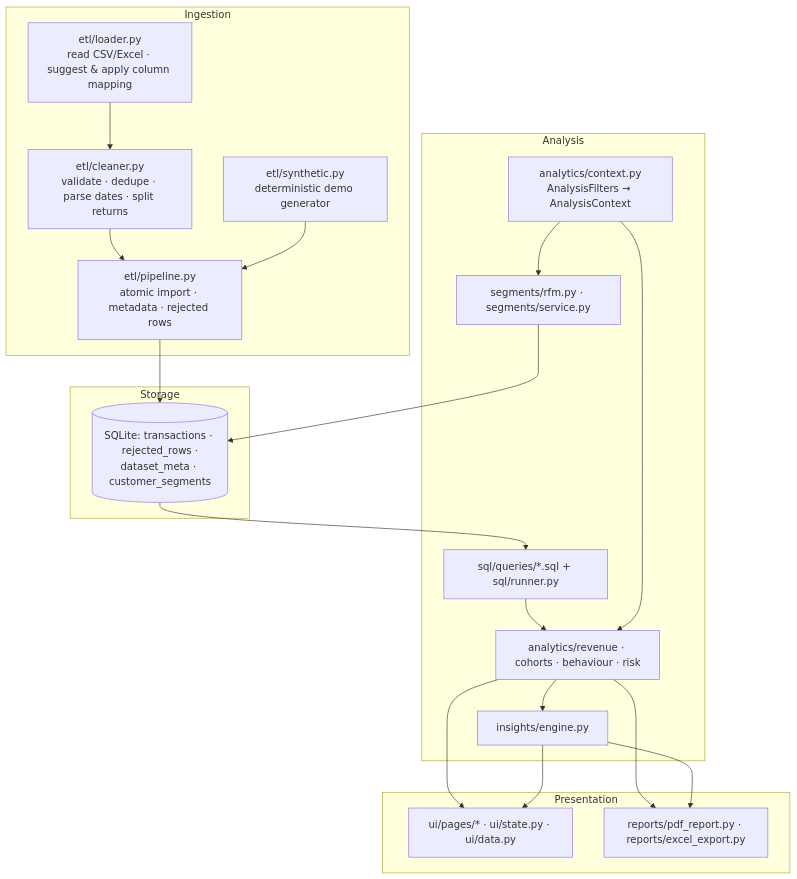
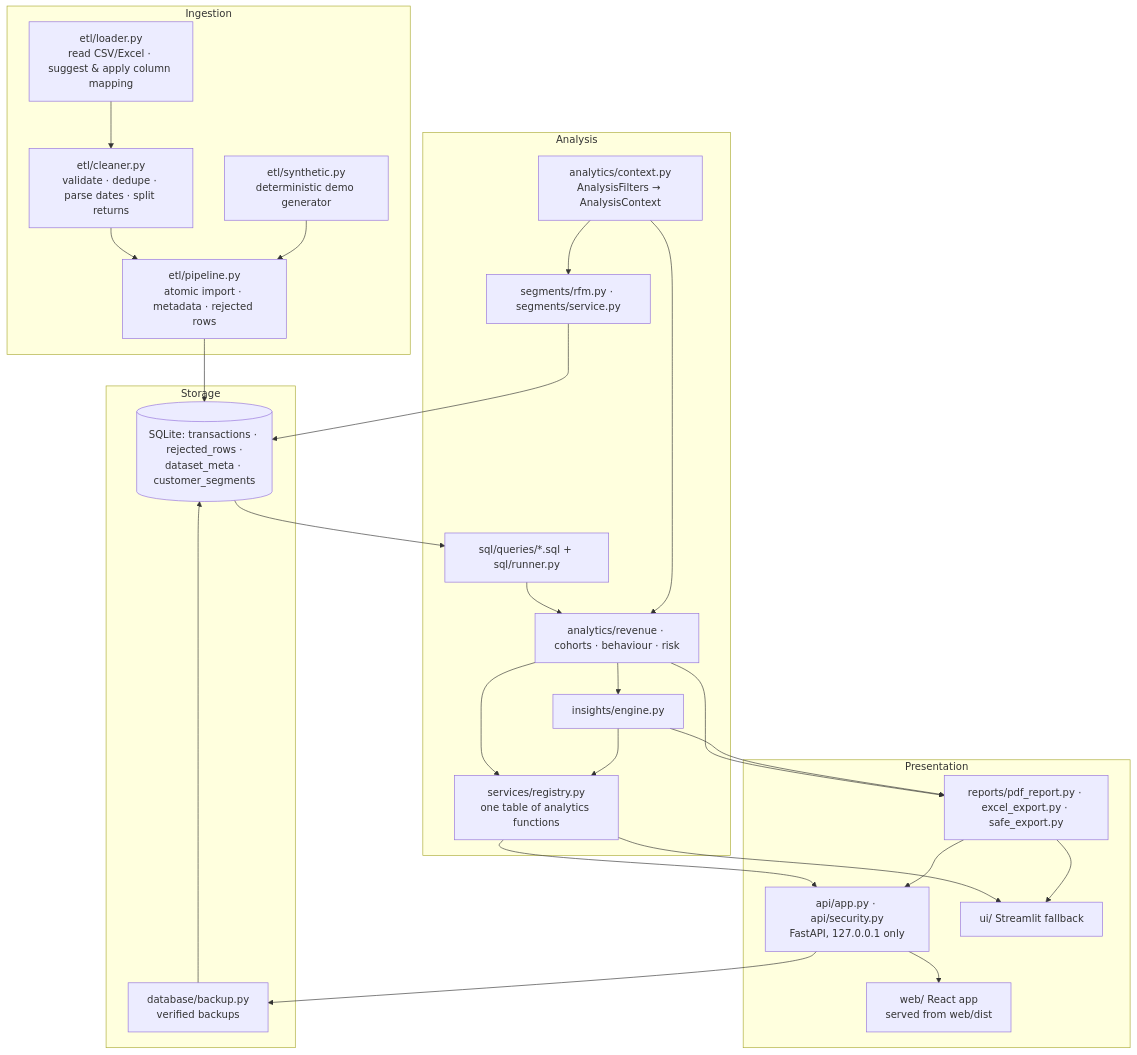
One commit to herchapter190-sketch/customeriq changed the diagram in ARCHITECTURE.md. Above: the diagram before and after it, drawn with Mermaid. The commit also changed other lines of this file and 2 other files, not shown here.

Commit message:
Document React and FastAPI architecture and development workflow

````diff
--- a/ARCHITECTURE.md
+++ b/ARCHITECTURE.md
@@ -7,33 +9,42 @@
 ```mermaid
 flowchart TB
     subgraph Ingestion
         L[etl/loader.py<br/>read CSV/Excel · suggest & apply column mapping]
         C[etl/cleaner.py<br/>validate · dedupe · parse dates · split returns]
         P[etl/pipeline.py<br/>atomic import · metadata · rejected rows]
         G[etl/synthetic.py<br/>deterministic demo generator]
     end
     subgraph Storage
         DB[(SQLite: transactions · rejected_rows ·<br/>dataset_meta · customer_segments)]
+        BK[database/backup.py<br/>verified backups]
     end
     subgraph Analysis
         SQL[sql/queries/*.sql + sql/runner.py]
         RFM[segments/rfm.py · segments/service.py]
         AN[analytics/revenue · cohorts · behaviour · risk]
         CTX[analytics/context.py<br/>AnalysisFilters → AnalysisContext]
         INS[insights/engine.py]
+        REG[services/registry.py<br/>one table of analytics functions]
     end
     subgraph Presentation
-        UI[ui/pages/* · ui/state.py · ui/data.py]
-        REP[reports/pdf_report.py · reports/excel_export.py]
+        API[api/app.py · api/security.py<br/>FastAPI, 127.0.0.1 only]
+        WEB[web/ React app<br/>served from web/dist]
+        ST[ui/ Streamlit fallback]
+        REP[reports/pdf_report.py · excel_export.py · safe_export.py]
     end
     L --> C --> P --> DB
     G --> P
     DB --> SQL --> AN
     CTX --> RFM --> DB
     CTX --> AN
     AN --> INS
-    AN --> UI
-    INS --> UI
+    AN --> REG
+    INS --> REG
+    REG --> API --> WEB
+    REG --> ST
     AN --> REP
     INS --> REP
+    REP --> API
+    REP --> ST
+    API --> BK --> DB
 ```
````
